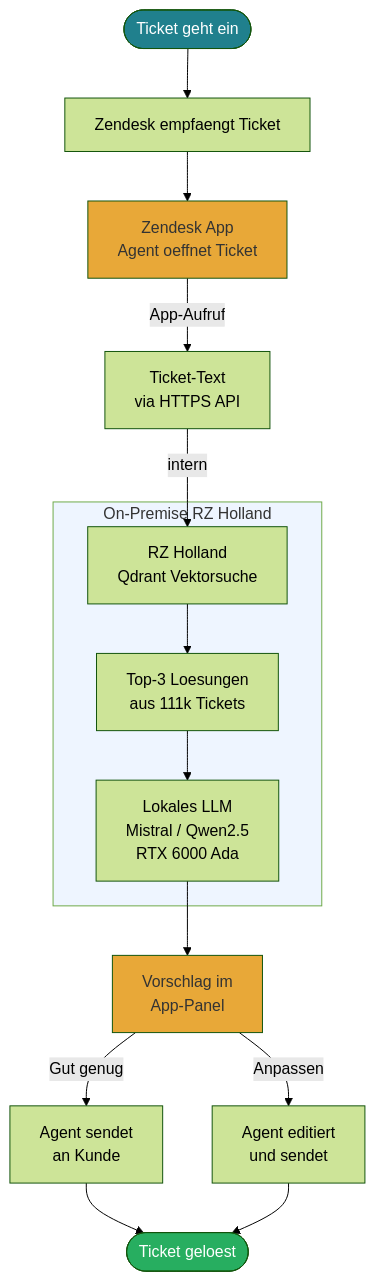
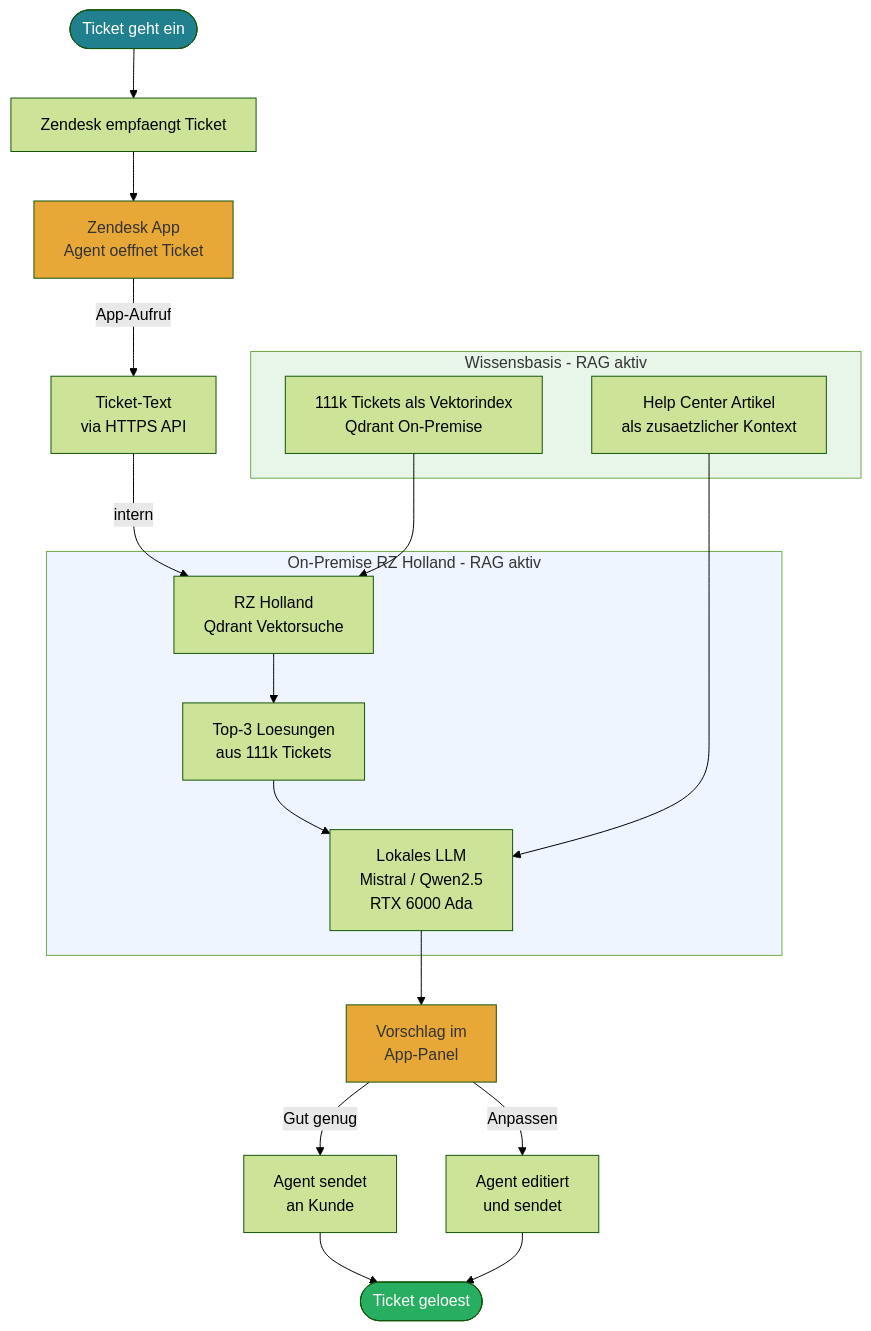
One commit to tekknix/zendesk-ai changed the ninth of 16 diagrams in readme.md. Above: the diagram before and after it, drawn with Mermaid (forest theme). The commit also changed other lines of this file, not shown here.

````diff
--- a/readme.md
+++ b/readme.md
@@ -242,26 +280,32 @@
 ```mermaid
 flowchart TD
     A([Ticket geht ein]) --> B[Zendesk empfaengt Ticket]
     B --> C[Zendesk App<br>Agent oeffnet Ticket]
     C -->|App-Aufruf| D[Ticket-Text<br>via HTTPS API]
     D -->|intern| E[RZ Holland<br>Qdrant Vektorsuche]
     E --> F[Top-3 Loesungen<br>aus 111k Tickets]
     F --> G[Lokales LLM<br>Mistral / Qwen2.5<br>RTX 6000 Ada]
     G --> H[Vorschlag im<br>App-Panel]
     H -->|Gut genug| I[Agent sendet<br>an Kunde]
     H -->|Anpassen| K[Agent editiert<br>und sendet]
     I --> L([Ticket geloest])
     K --> L
 
-    subgraph INFRA [On-Premise RZ Holland]
+    subgraph INFRA [On-Premise RZ Holland - RAG aktiv]
         E
         F
         G
+    end
+
+    subgraph WISSEN [Wissensbasis - RAG aktiv]
+        Z1[111k Tickets als Vektorindex<br>Qdrant On-Premise] --> E
+        Z2[Help Center Artikel<br>als zusaetzlicher Kontext] --> G
     end
 
     style A fill:#20808D,color:#fff
     style C fill:#E8A838,color:#333
     style H fill:#E8A838,color:#333
     style L fill:#27AE60,color:#fff
     style INFRA fill:#eef5ff,color:#333
+    style WISSEN fill:#e8f5e9,color:#333
 ```
````
